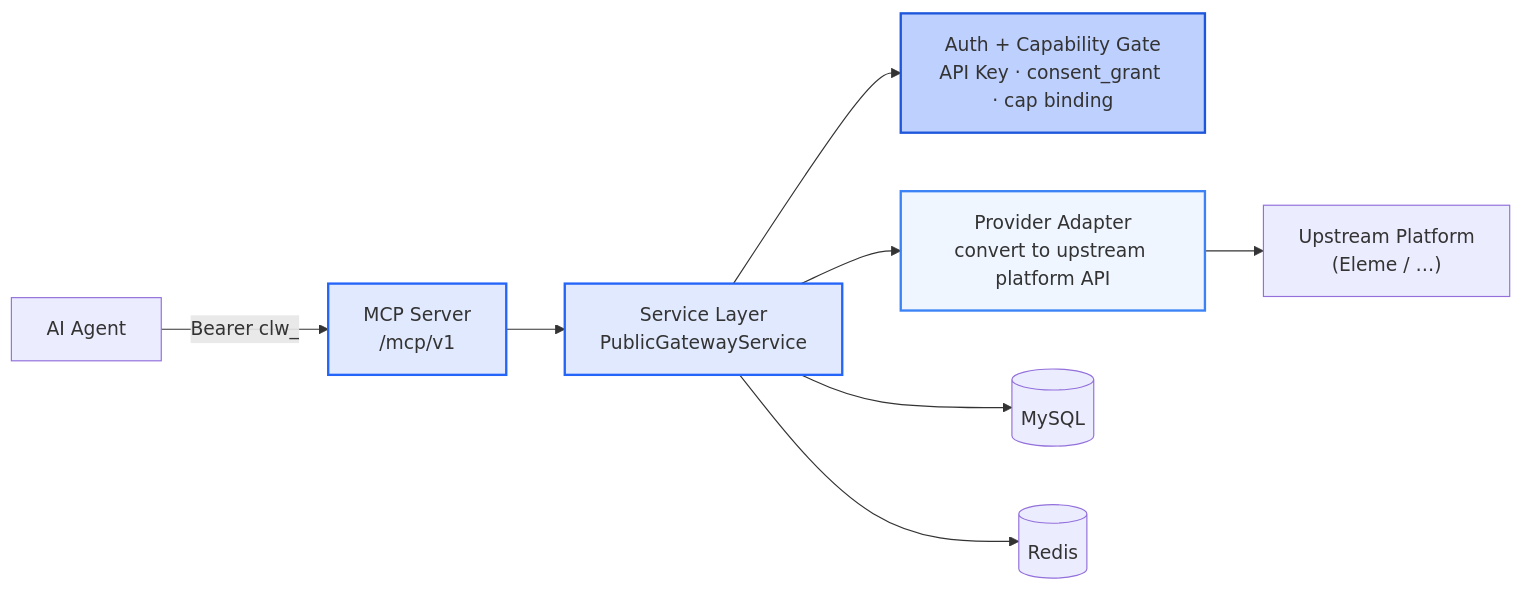
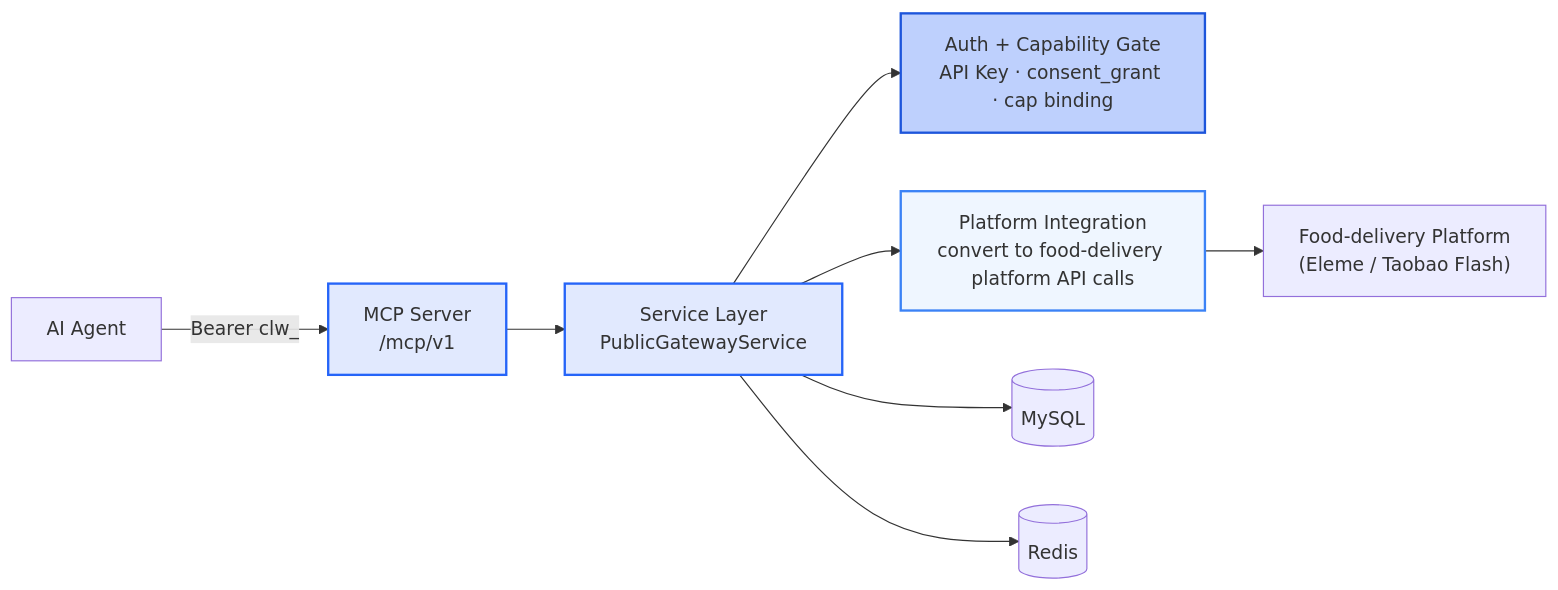
The first of 3 diagrams in en/gateway/architecture.mdx (clawdot/docs), drawn with Mermaid before and after one commit. The commit also changed other lines of this file and 88 other files, not shown here.

````diff
--- a/en/gateway/architecture.mdx
+++ b/en/gateway/architecture.mdx
@@ -10,24 +10,24 @@
 ```mermaid
 graph LR
   Agent["AI Agent"]
   MCP["MCP Server<br/>/mcp/v1"]
   Service["Service Layer<br/>PublicGatewayService"]
   Gate["Auth + Capability Gate<br/>API Key · consent_grant · cap binding"]
-  Provider["Provider Adapter<br/>convert to upstream platform API"]
-  Upstream["Upstream Platform<br/>(Eleme / …)"]
+  Provider["Platform Integration<br/>convert to food-delivery platform API calls"]
+  Upstream["Food-delivery Platform<br/>(Eleme / Taobao Flash)"]
   DB[("MySQL")]
   Redis[("Redis")]
 
   Agent -->|Bearer clw_| MCP
   MCP --> Service
   Service --> Gate
   Service --> Provider
   Provider --> Upstream
   Service --> DB
   Service --> Redis
 
   style MCP fill:#E1E9FE,stroke:#2564F8,stroke-width:2px
   style Service fill:#E1E9FE,stroke:#2564F8,stroke-width:2px
   style Gate fill:#BED0FD,stroke:#1D55DB,stroke-width:2px
   style Provider fill:#EFF6FF,stroke:#3B82F6,stroke-width:2px
 ```
````
